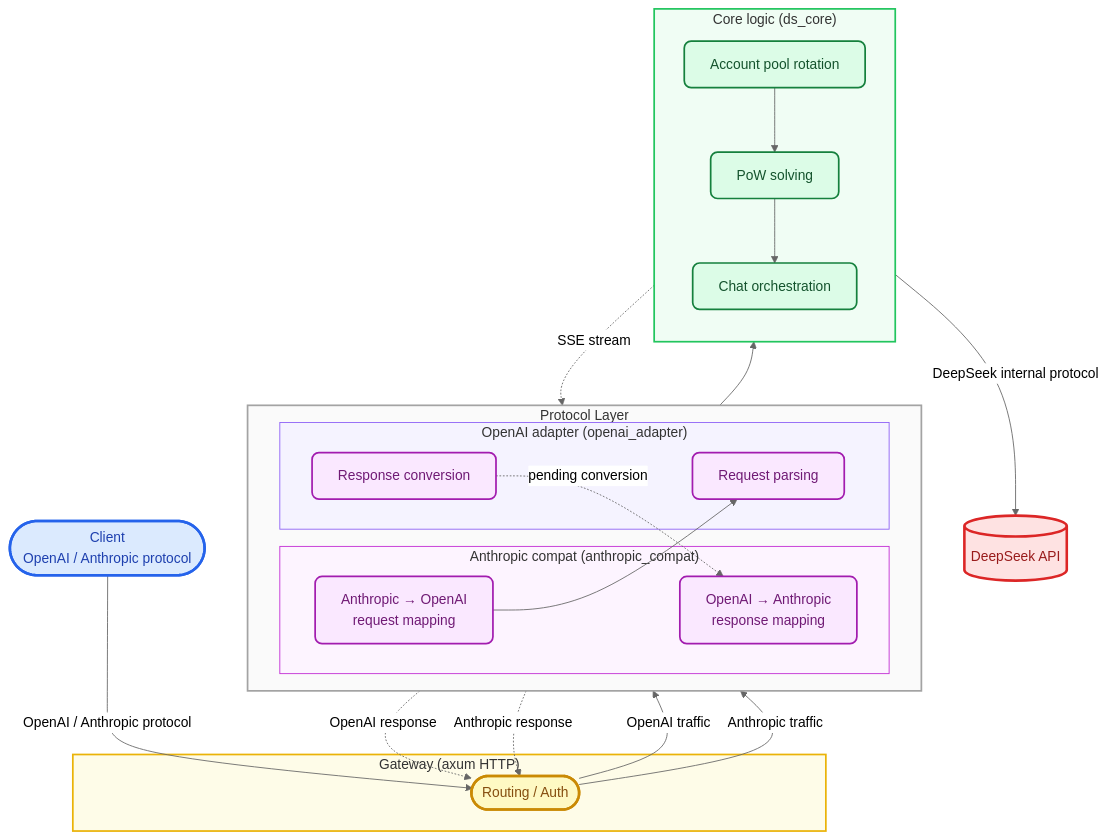
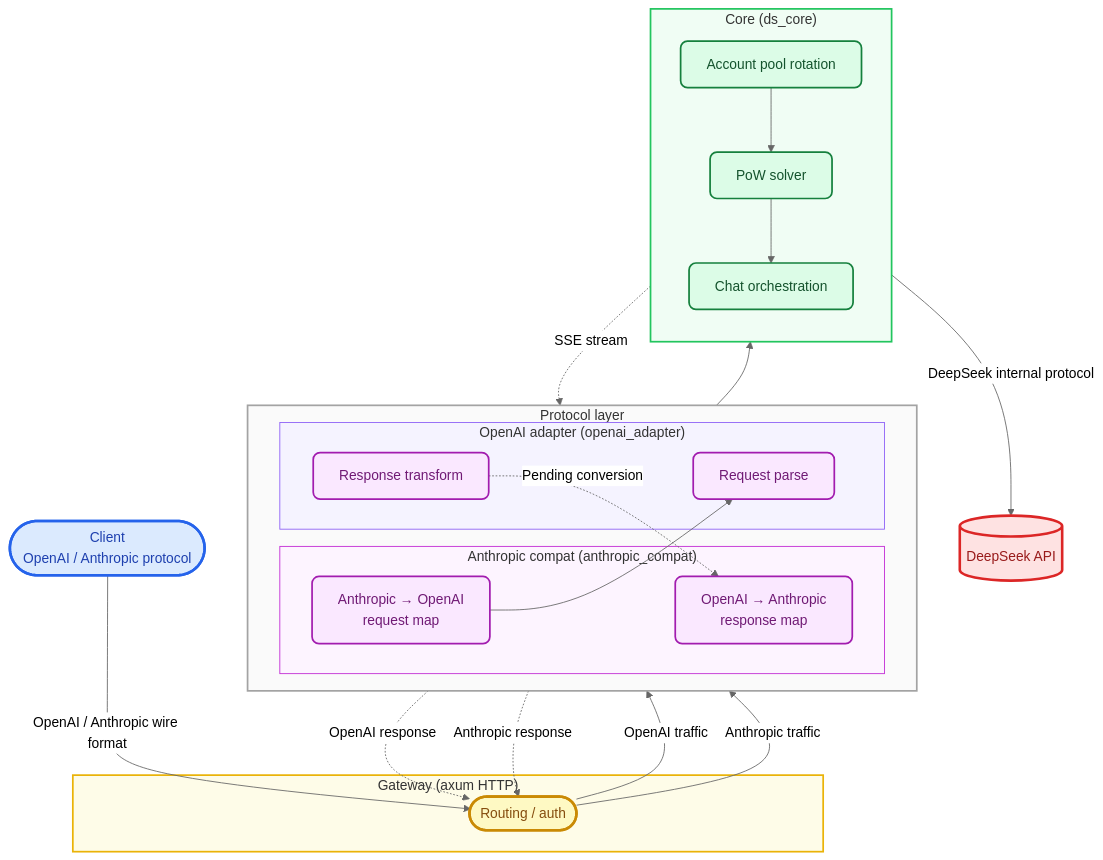
Before and after one commit to bkataru/ds-free-api: the diagram in README.en.md, drawn with Mermaid (neutral theme). The commit also changed other lines of this file and 42 other files, not shown here.

````diff
--- a/README.en.md
+++ b/README.en.md
@@ -152,62 +143,62 @@
 ```mermaid
 flowchart TB
     %% ========== Style definitions ==========
     classDef client fill:#dbeafe,stroke:#2563eb,stroke-width:3px,color:#1e40af,rx:12,ry:12
     classDef gateway fill:#fef9c3,stroke:#ca8a04,stroke-width:3px,color:#854d0e,rx:10,ry:10
     classDef adapter fill:#fae8ff,stroke:#a21caf,stroke-width:2px,color:#701a75,rx:8,ry:8
     classDef core fill:#dcfce7,stroke:#15803d,stroke-width:2px,color:#14532d,rx:8,ry:8
     classDef external fill:#fee2e2,stroke:#dc2626,stroke-width:3px,color:#991b1b,rx:4,ry:4
 
-    %% ========== Node definitions ==========
+    %% ========== Nodes ==========
     Client(["Client<br/>OpenAI / Anthropic protocol"]):::client
 
     subgraph GW ["Gateway (axum HTTP)"]
-        Server(["Routing / Auth"]):::gateway
+        Server(["Routing / auth"]):::gateway
     end
 
-    subgraph PL ["Protocol Layer"]
+    subgraph PL ["Protocol layer"]
         direction LR
 
         subgraph AC ["Anthropic compat (anthropic_compat)"]
-            A2OReq["Anthropic → OpenAI<br/>request mapping"]:::adapter
-            O2AResp["OpenAI → Anthropic<br/>response mapping"]:::adapter
+            A2OReq["Anthropic → OpenAI<br/>request map"]:::adapter
+            O2AResp["OpenAI → Anthropic<br/>response map"]:::adapter
         end
 
         subgraph OA ["OpenAI adapter (openai_adapter)"]
-            ReqParse["Request parsing"]:::adapter
-            RespTrans["Response conversion"]:::adapter
+            ReqParse["Request parse"]:::adapter
+            RespTrans["Response transform"]:::adapter
         end
     end
 
-    subgraph CL ["Core logic (ds_core)"]
+    subgraph CL ["Core (ds_core)"]
         direction TB
         Pool["Account pool rotation"]:::core
-        Pow["PoW solving"]:::core
+        Pow["PoW solver"]:::core
         Chat["Chat orchestration"]:::core
     end
 
     DeepSeek[("DeepSeek API")]:::external
 
-    %% ========== Request flow ==========
-    Client -->|"OpenAI / Anthropic protocol"| Server
+    %% ========== Request path ==========
+    Client -->|"OpenAI / Anthropic wire format"| Server
     Server -->|"OpenAI traffic"| ReqParse
     Server -->|"Anthropic traffic"| A2OReq
     A2OReq --> ReqParse
     ReqParse --> Pool
     Pool --> Pow
     Pow --> Chat
     Chat -->|"DeepSeek internal protocol"| DeepSeek
 
-    %% ========== Response flow ==========
+    %% ========== Response path ==========
     Chat -.->|"SSE stream"| RespTrans
     RespTrans -.->|"OpenAI response"| Server
-    RespTrans -.->|"pending conversion"| O2AResp
+    RespTrans -.->|"Pending conversion"| O2AResp
     O2AResp -.->|"Anthropic response"| Server
 
     %% ========== Subgraph styling ==========
     style GW fill:#fefce8,stroke:#eab308,stroke-width:2px
     style PL fill:#fafafa,stroke:#a3a3a3,stroke-width:2px
     style AC fill:#fdf4ff,stroke:#c026d3,stroke-width:1px
     style OA fill:#f5f3ff,stroke:#8b5cf6,stroke-width:1px
     style CL fill:#f0fdf4,stroke:#22c55e,stroke-width:2px
 ```
````
